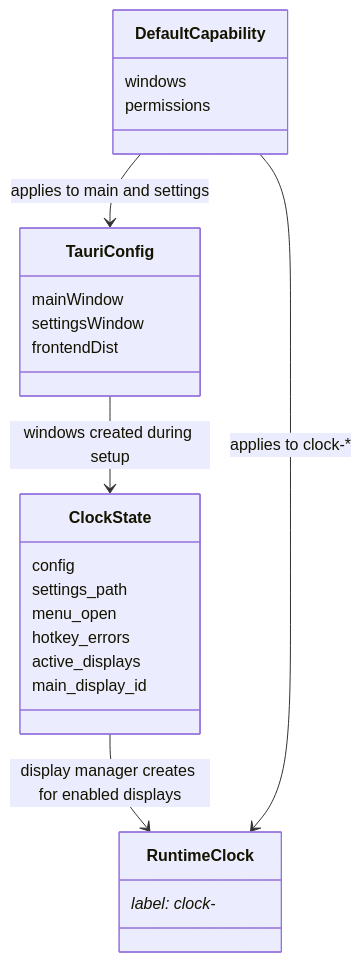
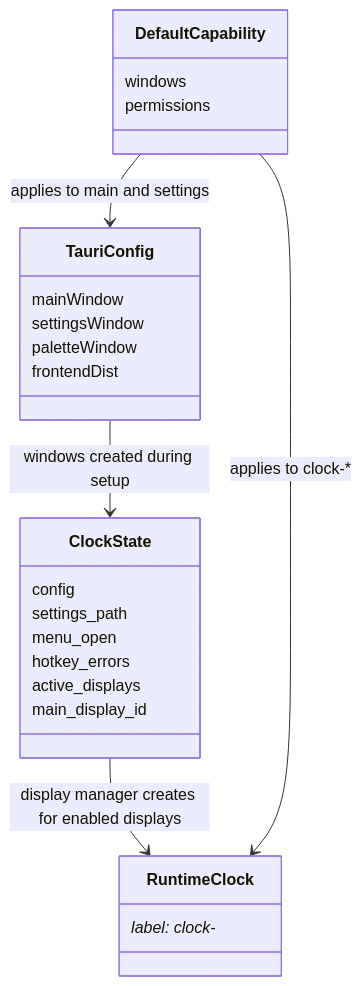
The first of 2 diagrams in src-tauri/doc/workflow_diagram.md (tbkmax/TopClock), drawn with Mermaid before and after one commit. The commit also changed other lines of this file and 51 other files, not shown here.

````diff
--- a/src-tauri/doc/workflow_diagram.md
+++ b/src-tauri/doc/workflow_diagram.md
@@ -7,27 +7,28 @@
 ```mermaid
 classDiagram
     class TauriConfig {
       mainWindow
       settingsWindow
+      paletteWindow
       frontendDist
     }
     class ClockState {
       config
       settings_path
       menu_open
       hotkey_errors
       active_displays
       main_display_id
     }
     class DefaultCapability {
       windows
       permissions
     }
     class RuntimeClock {
       label: clock-*
     }
     TauriConfig --> ClockState : windows created during setup
     ClockState --> RuntimeClock : display manager creates for enabled displays
     DefaultCapability --> TauriConfig : applies to main and settings
     DefaultCapability --> RuntimeClock : applies to clock-*
 ```
````
